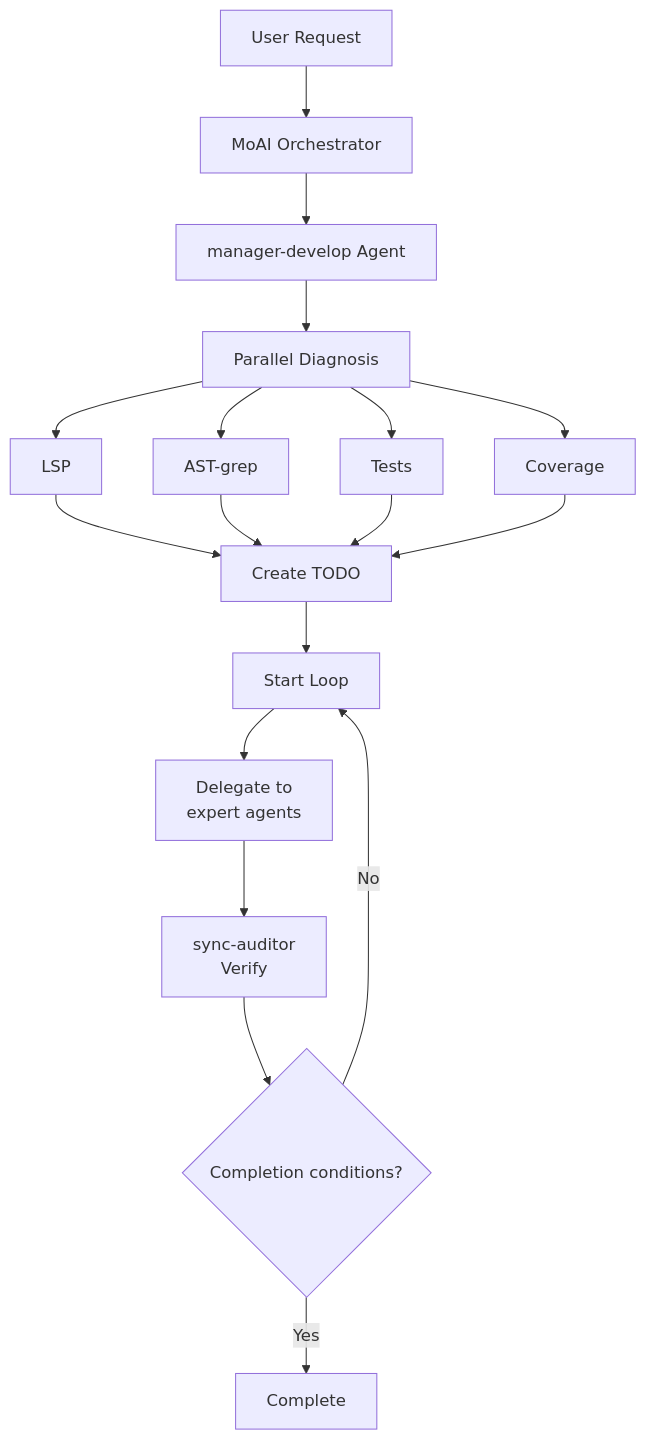
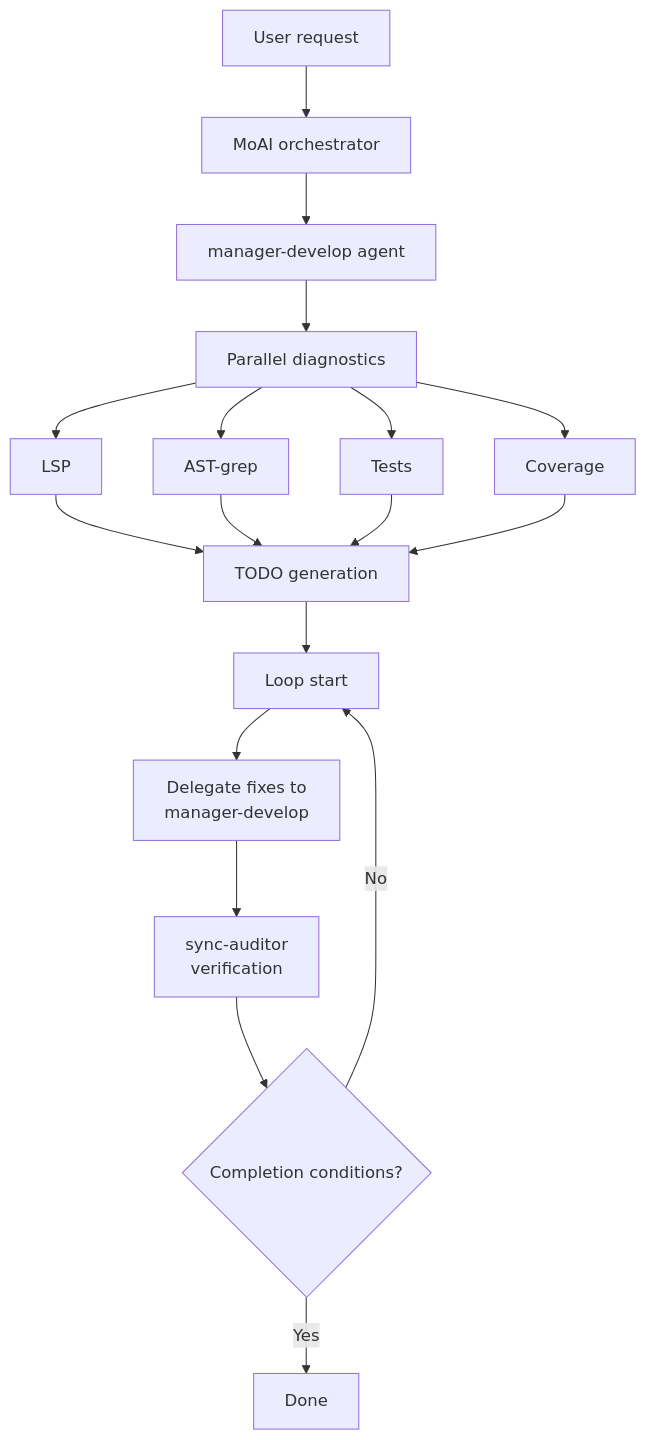
The fourth of 4 diagrams in docs-site/content/en/utility-commands/moai-loop.md (modu-ai/moai-adk), drawn with Mermaid before and after one commit. The commit also changed other lines of this file and 395 other files, not shown here.

````diff
--- a/docs-site/content/en/utility-commands/moai-loop.md
+++ b/docs-site/content/en/utility-commands/moai-loop.md
@@ -199,25 +223,25 @@
 ```mermaid
 flowchart TD
-    User["User Request"] --> Orchestrator["MoAI Orchestrator"]
-    Orchestrator --> ManagerDDD["manager-develop Agent"]
+    User["User request"] --> Orchestrator["MoAI orchestrator"]
+    Orchestrator --> ManagerDDD["manager-develop agent"]
 
-    ManagerDDD --> Diagnose["Parallel Diagnosis"]
+    ManagerDDD --> Diagnose["Parallel diagnostics"]
     Diagnose --> LSP["LSP"]
     Diagnose --> AST["AST-grep"]
     Diagnose --> Test["Tests"]
     Diagnose --> Cov["Coverage"]
 
-    LSP --> Todo["Create TODO"]
+    LSP --> Todo["TODO generation"]
     AST --> Todo
     Test --> Todo
     Cov --> Todo
 
-    Todo --> Loop["Start Loop"]
+    Todo --> Loop["Loop start"]
 
-    Loop --> Fix["Delegate to<br/>expert agents"]
-    Fix --> Verify["sync-auditor<br/>Verify"]
+    Loop --> Fix["Delegate fixes to<br/>manager-develop"]
+    Fix --> Verify["sync-auditor<br/>verification"]
 
     Verify --> Complete{"Completion conditions?"}
     Complete -->|No| Loop
-    Complete -->|Yes| Done["Complete"]
+    Complete -->|Yes| Done["Done"]
 ```
````
